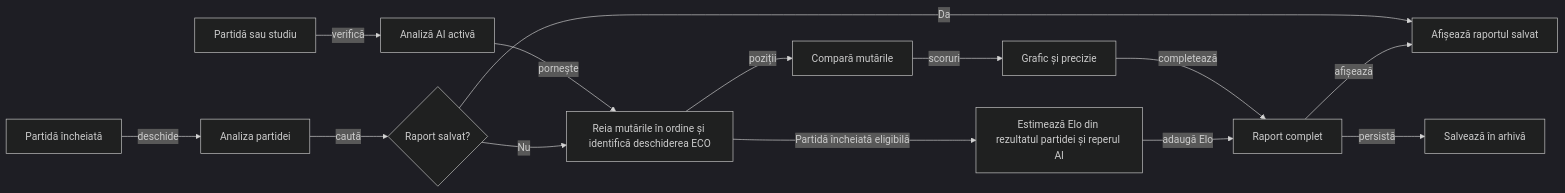
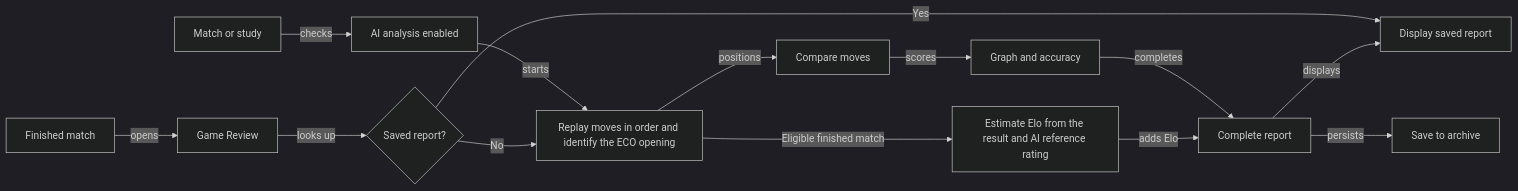
One commit to crististefanita/atf_j7 changed the first of 4 diagrams in docs/board/game-review.md. Above: the diagram before and after it, drawn with Mermaid (dark theme). The commit also changed other lines of this file and 30 other files, not shown here.

````diff
--- a/docs/board/game-review.md
+++ b/docs/board/game-review.md
@@ -7,16 +7,16 @@
 ```mermaid
 flowchart LR
-    A["Partidă încheiată"] -->|deschide| B["Analiza partidei"]
-    K["Partidă sau studiu"] -->|verifică| L["Analiză AI activă"]
-    L -->|pornește| E
-    B -->|caută| C{"Raport salvat?"}
-    C -->|Da| D["Afișează raportul salvat"]
-    C -->|Nu| E["Reia mutările în ordine și identifică deschiderea ECO"]
-    E -->|poziții| F["Compară mutările"]
-    F -->|scoruri| G["Grafic și precizie"]
-    E -->|"Partidă încheiată eligibilă"| H["Estimează Elo din rezultatul partidei și reperul AI"]
-    G -->|completează| I["Raport complet"]
-    H -->|adaugă Elo| I
-    I -->|persistă| J["Salvează în arhivă"]
-    I -->|afișează| D
+    A["Finished match"] -->|opens| B["Game Review"]
+    K["Match or study"] -->|checks| L["AI analysis enabled"]
+    L -->|starts| E
+    B -->|looks up| C{"Saved report?"}
+    C -->|Yes| D["Display saved report"]
+    C -->|No| E["Replay moves in order and identify the ECO opening"]
+    E -->|positions| F["Compare moves"]
+    F -->|scores| G["Graph and accuracy"]
+    E -->|"Eligible finished match"| H["Estimate Elo from the result and AI reference rating"]
+    G -->|completes| I["Complete report"]
+    H -->|adds Elo| I
+    I -->|persists| J["Save to archive"]
+    I -->|displays| D
 ```
````
